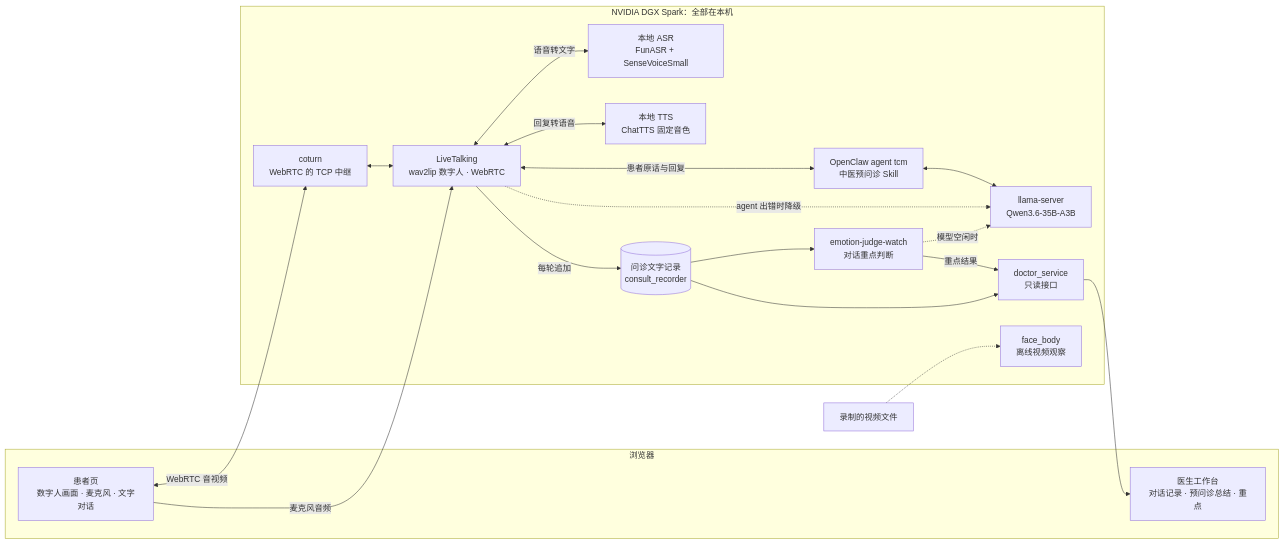
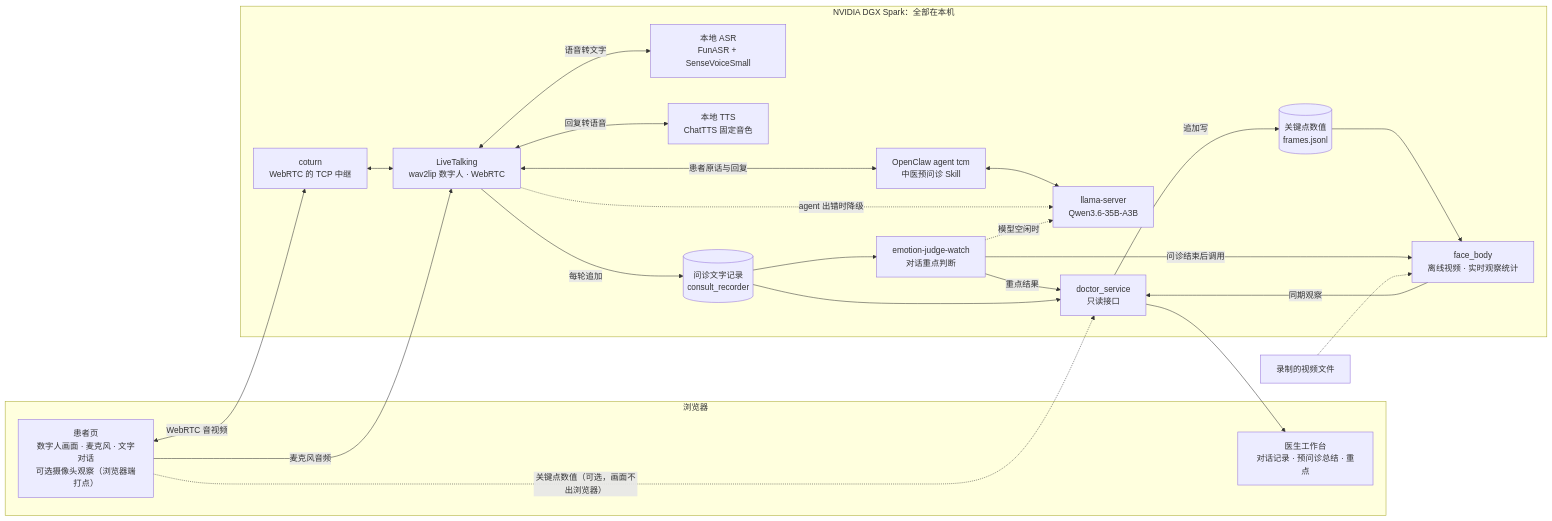
One commit to relativequntum/DGX-SPARK-HACKSON-HEALTH-AGENT-XIANXIN-CAPITAL changed the diagram in README.md. Above: the diagram before and after it, drawn with Mermaid. The commit also changed other lines of this file and 44 other files, not shown here.

````diff
--- a/README.md
+++ b/README.md
@@ -42,36 +43,42 @@
 ```mermaid
 flowchart LR
     subgraph BR["浏览器"]
-        PT["患者页<br/>数字人画面 · 麦克风 · 文字对话"]
+        PT["患者页<br/>数字人画面 · 麦克风 · 文字对话<br/>可选摄像头观察（浏览器端打点）"]
         DR["医生工作台<br/>对话记录 · 预问诊总结 · 重点"]
     end
 
     subgraph SPARK["NVIDIA DGX Spark：全部在本机"]
         TURN["coturn<br/>WebRTC 的 TCP 中继"]
         LT["LiveTalking<br/>wav2lip 数字人 · WebRTC"]
         ASR["本地 ASR<br/>FunASR + SenseVoiceSmall"]
         TTS["本地 TTS<br/>ChatTTS 固定音色"]
         OC["OpenClaw agent tcm<br/>中医预问诊 Skill"]
         LLM["llama-server<br/>Qwen3.6-35B-A3B"]
         REC[("问诊文字记录<br/>consult_recorder")]
         JW["emotion-judge-watch<br/>对话重点判断"]
         DS["doctor_service<br/>只读接口"]
-        FB["face_body<br/>离线视频观察"]
+        FB["face_body<br/>离线视频 · 实时观察统计"]
+        OBS[("关键点数值<br/>frames.jsonl")]
     end
 
     PT <-->|"WebRTC 音视频"| TURN
     TURN <--> LT
     PT -->|"麦克风音频"| LT
     LT <-->|"语音转文字"| ASR
     LT <-->|"患者原话与回复"| OC
     OC <--> LLM
     LT -.->|"agent 出错时降级"| LLM
     LT <-->|"回复转语音"| TTS
     LT -->|"每轮追加"| REC
     REC --> JW
     JW -.->|"模型空闲时"| LLM
     JW -->|"重点结果"| DS
     REC --> DS
     DS --> DR
+    PT -.->|"关键点数值（可选，画面不出浏览器）"| DS
+    DS -->|"追加写"| OBS
+    OBS --> FB
+    JW -->|"问诊结束后调用"| FB
+    FB -->|"同期观察"| DS
     VID["录制的视频文件"] -.-> FB
 ```
````
